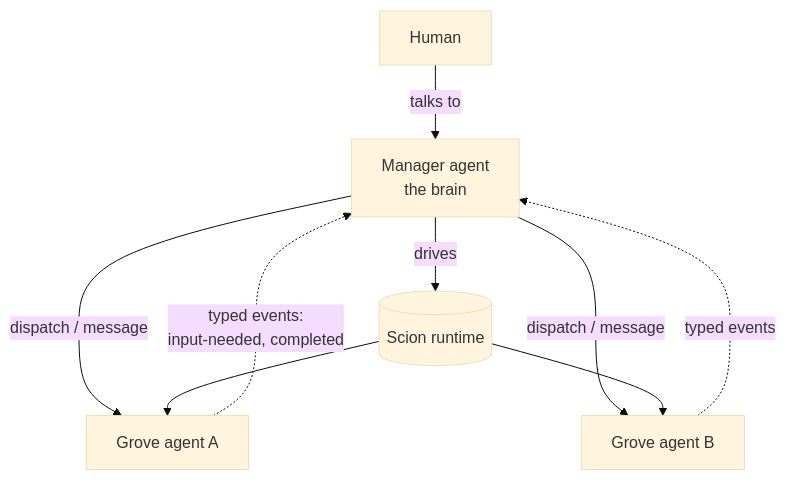
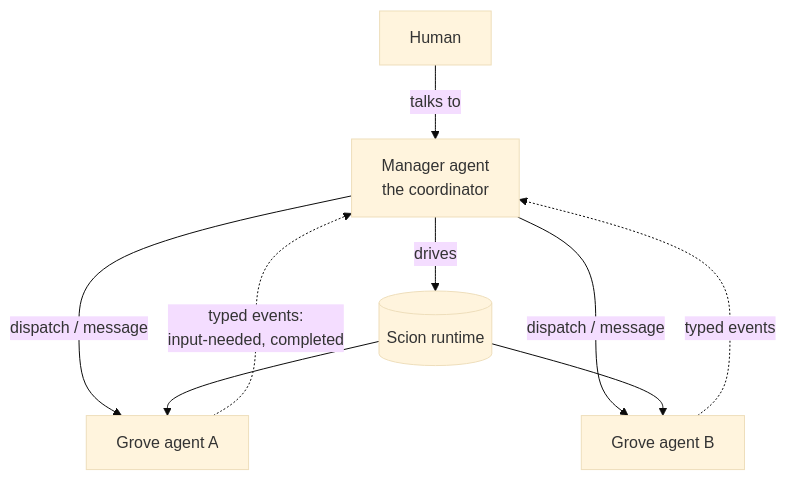
Before and after one commit to stevegeek/lever: the diagram in README.md, drawn with Mermaid (base theme). The commit also changed other lines of this file and 1 other file, not shown here.

Commit message:
docs: rename the manager "brain" to "coordinator"

````diff
--- a/README.md
+++ b/README.md
@@ -45,11 +45,11 @@
 ```mermaid
 graph TD
-    H[Human] -->|talks to| M[Manager agent<br/>the brain]
+    H[Human] -->|talks to| M[Manager agent<br/>the coordinator]
     M -->|dispatch / message| G1[Grove agent A]
     M -->|dispatch / message| G2[Grove agent B]
     G1 -.->|typed events:<br/>input-needed, completed| M
     G2 -.->|typed events| M
     M -->|drives| S[(Scion runtime)]
     S --> G1
     S --> G2
 ```
````
